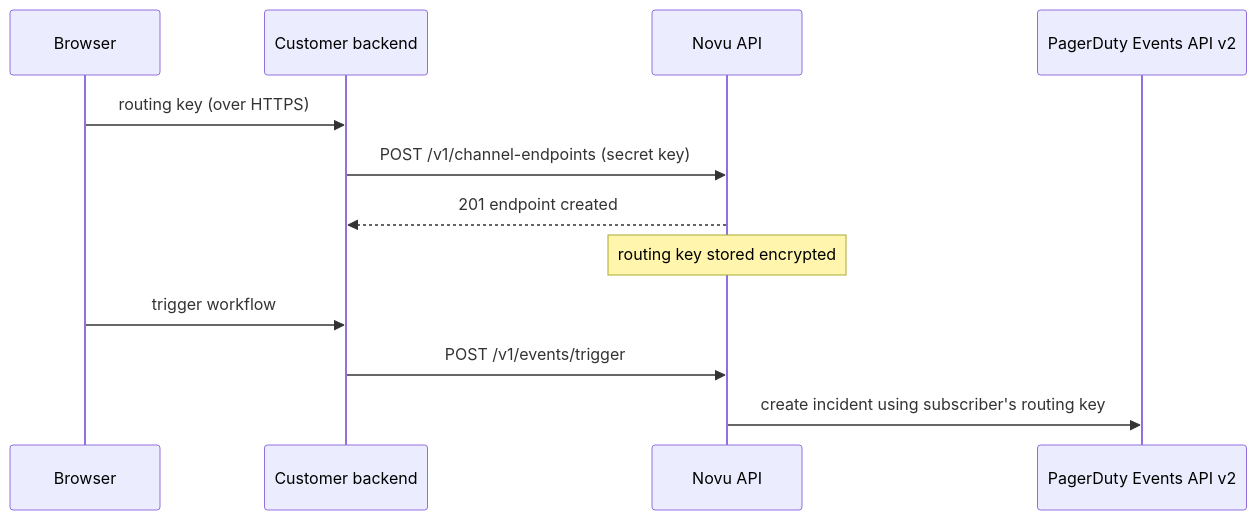
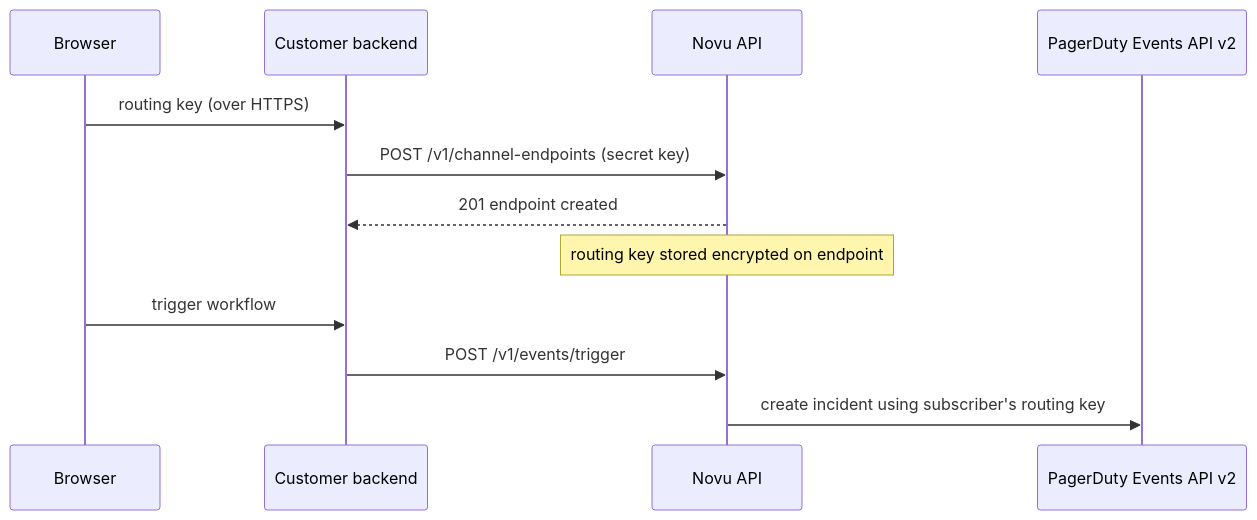
Before and after one commit to novuhq/novu: the diagram in docs/platform/integrations/tool/pagerduty.mdx, drawn with Mermaid. The commit also changed other lines of this file and 7 other files, not shown here.

Commit message:
docs(tool): describe endpoint-stored encrypted tool routing data

````diff
--- a/docs/platform/integrations/tool/pagerduty.mdx
+++ b/docs/platform/integrations/tool/pagerduty.mdx
@@ -65,14 +65,14 @@
 ```mermaid
 sequenceDiagram
   participant Browser
   participant CustomerBackend as Customer backend
   participant NovuAPI as Novu API
   participant PagerDutyAPI as PagerDuty Events API v2
   Browser->>CustomerBackend: routing key (over HTTPS)
   CustomerBackend->>NovuAPI: POST /v1/channel-endpoints (secret key)
   NovuAPI-->>CustomerBackend: 201 endpoint created
-  Note over NovuAPI: routing key stored encrypted
+  Note over NovuAPI: routing key stored encrypted on endpoint
   Browser->>CustomerBackend: trigger workflow
   CustomerBackend->>NovuAPI: POST /v1/events/trigger
   NovuAPI->>PagerDutyAPI: create incident using subscriber's routing key
 ```
````
